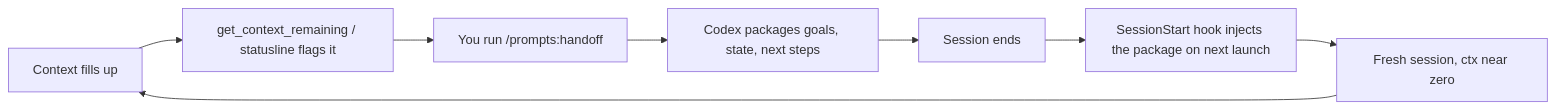
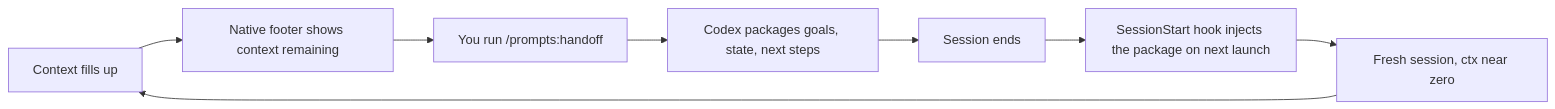
The first of 2 diagrams in README.md (arthur-bump-pm/overcodex), drawn with Mermaid before and after one commit. The commit also changed other lines of this file and 3 other files, not shown here.

Commit message:
feat: configure native Codex footer defaults

````diff
--- a/README.md
+++ b/README.md
@@ -73,10 +72,10 @@
 ```mermaid
 flowchart LR
-    A[Context fills up] --> B[get_context_remaining / statusline flags it]
+    A[Context fills up] --> B[Native footer shows context remaining]
     B --> C[You run /prompts:handoff]
     C --> D[Codex packages goals, state, next steps]
     D --> E[Session ends]
     E --> F[SessionStart hook injects the package on next launch]
     F --> G[Fresh session, ctx near zero]
     G --> A
 ```
````
